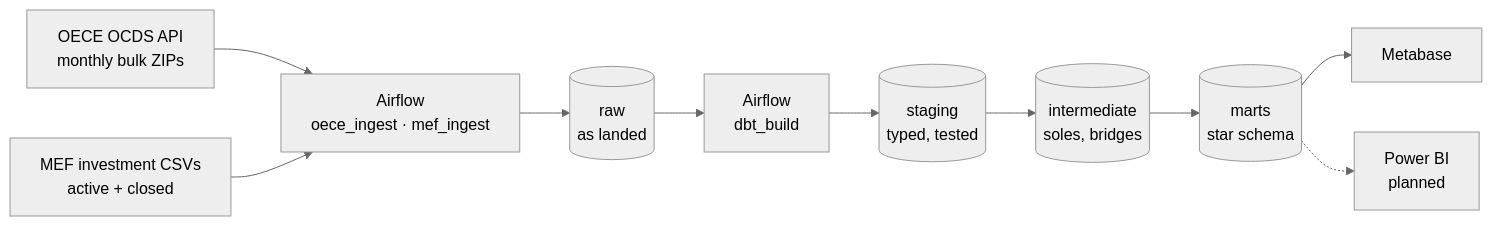
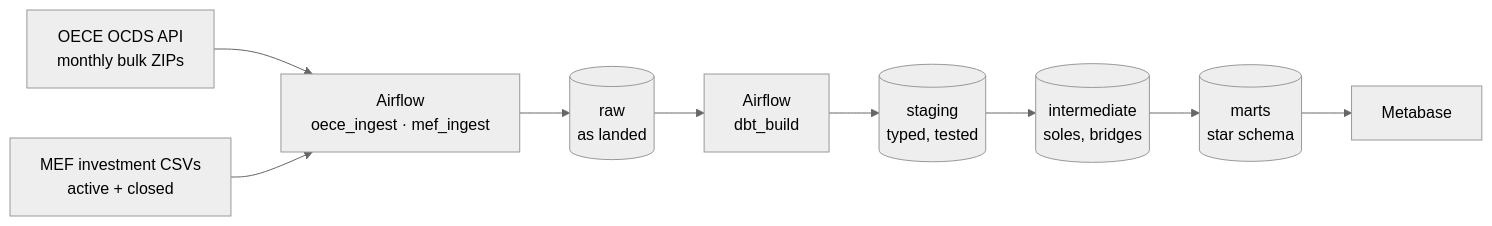
Before and after one commit to angelariasus/public-spend-pipeline: the diagram in README.md, drawn with Mermaid (neutral theme). The commit also changed other lines of this file, not shown here.

Commit message:
docs: remove roadmap section from README

````diff
--- a/README.md
+++ b/README.md
@@ -87,10 +85,9 @@
 ```mermaid
 flowchart LR
     oece["OECE OCDS API<br/>monthly bulk ZIPs"] --> ingest
     mef["MEF investment CSVs<br/>active + closed"] --> ingest
     ingest["Airflow<br/>oece_ingest · mef_ingest"] --> raw[("raw<br/>as landed")]
     raw --> dbt["Airflow<br/>dbt_build"]
     dbt --> staging[("staging<br/>typed, tested")] --> intermediate[("intermediate<br/>soles, bridges")] --> marts[("marts<br/>star schema")]
     marts --> metabase["Metabase"]
-    marts -.-> powerbi["Power BI<br/>planned"]
 ```
````
